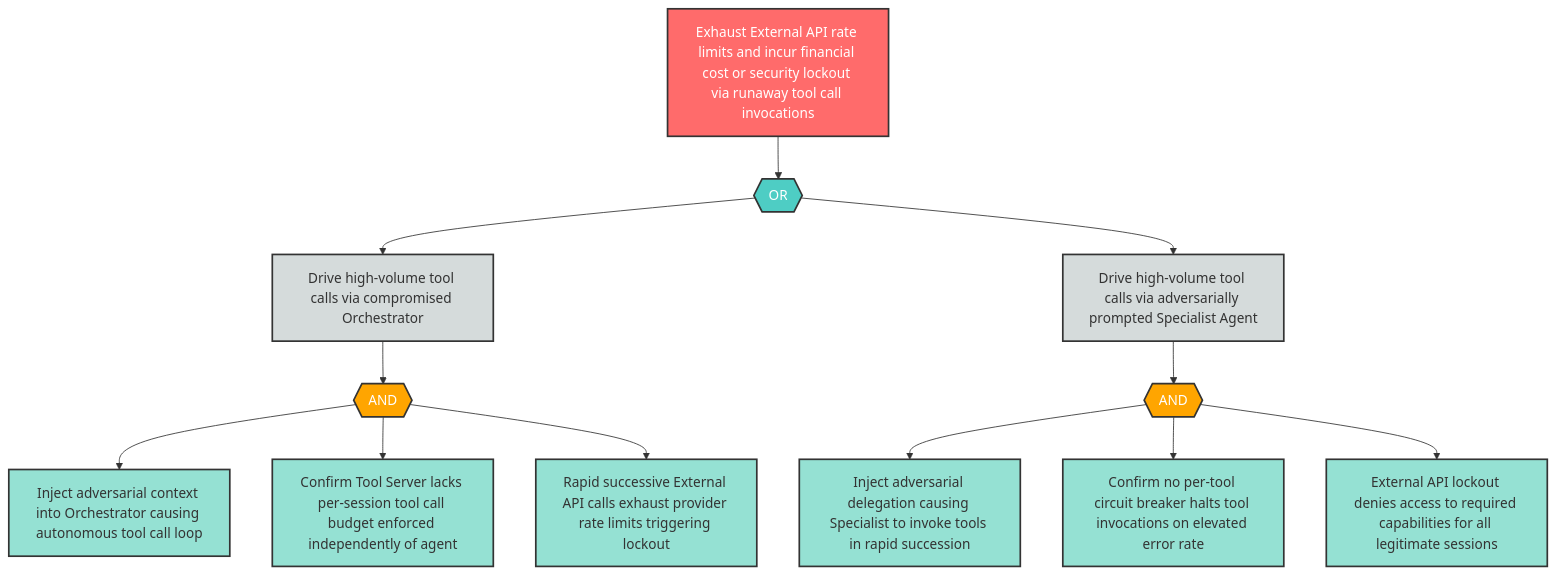
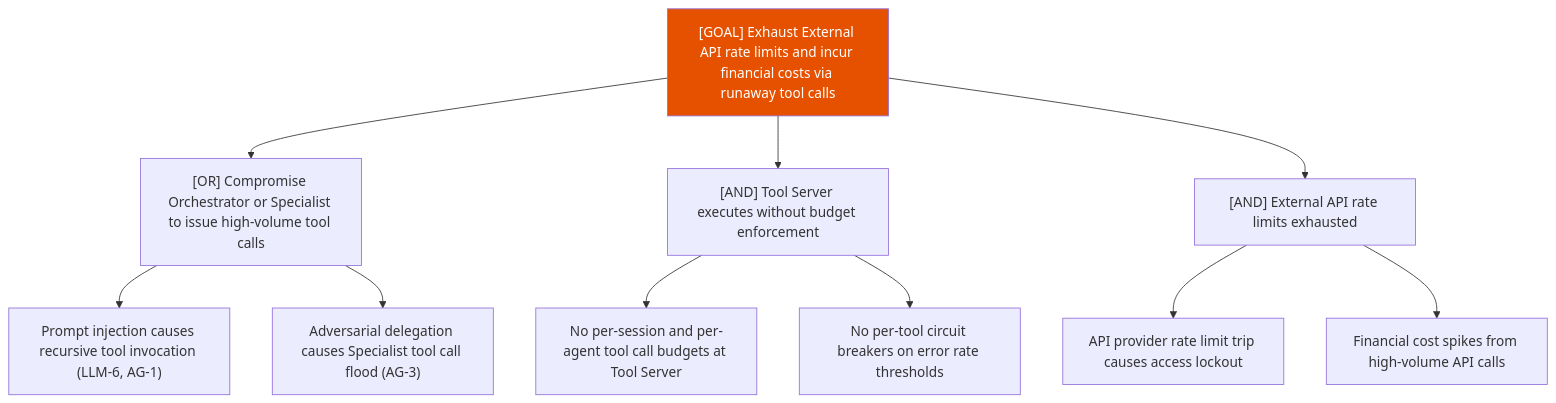
Before and after one commit to q-qp-p/davidmatousek-tachi: the diagram in examples/agentic-app/sample-report/attack-trees/ag-6-attack-tree.md, drawn with Mermaid. The commit also changed other lines of this file and 132 other files, not shown here.

````diff
--- a/examples/agentic-app/sample-report/attack-trees/ag-6-attack-tree.md
+++ b/examples/agentic-app/sample-report/attack-trees/ag-6-attack-tree.md
@@ -8,39 +7,15 @@
 ```mermaid
-flowchart TD
-    AG6_root["Exhaust External API rate limits and incur financial cost or security lockout via runaway tool call invocations"]
-    AG6_or1{{"OR"}}
-    AG6_sub1["Drive high-volume tool calls via compromised Orchestrator"]
-    AG6_sub2["Drive high-volume tool calls via adversarially prompted Specialist Agent"]
-    AG6_and1{{"AND"}}
-    AG6_leaf1["Inject adversarial context into Orchestrator causing autonomous tool call loop"]
-    AG6_leaf2["Confirm Tool Server lacks per-session tool call budget enforced independently of agent"]
-    AG6_leaf3["Rapid successive External API calls exhaust provider rate limits triggering lockout"]
-    AG6_and2{{"AND"}}
-    AG6_leaf4["Inject adversarial delegation causing Specialist to invoke tools in rapid succession"]
-    AG6_leaf5["Confirm no per-tool circuit breaker halts tool invocations on elevated error rate"]
-    AG6_leaf6["External API lockout denies access to required capabilities for all legitimate sessions"]
-
-    AG6_root --> AG6_or1
-    AG6_or1 --> AG6_sub1
-    AG6_or1 --> AG6_sub2
-    AG6_sub1 --> AG6_and1
-    AG6_and1 --> AG6_leaf1
-    AG6_and1 --> AG6_leaf2
-    AG6_and1 --> AG6_leaf3
-    AG6_sub2 --> AG6_and2
-    AG6_and2 --> AG6_leaf4
-    AG6_and2 --> AG6_leaf5
-    AG6_and2 --> AG6_leaf6
-
-    classDef goal fill:#ff6b6b,stroke:#333,stroke-width:2px,color:#fff
-    classDef andGate fill:#ffa500,stroke:#333,stroke-width:2px,color:#fff
-    classDef orGate fill:#4ecdc4,stroke:#333,stroke-width:2px,color:#fff
-    classDef subGoal fill:#d5dbdb,stroke:#333,stroke-width:2px,color:#333
-    classDef leaf fill:#95e1d3,stroke:#333,stroke-width:2px,color:#333
-
-    class AG6_root goal
-    class AG6_or1 orGate
-    class AG6_and1,AG6_and2 andGate
-    class AG6_sub1,AG6_sub2 subGoal
-    class AG6_leaf1,AG6_leaf2,AG6_leaf3,AG6_leaf4,AG6_leaf5,AG6_leaf6 leaf
+graph TD
+    Goal["[GOAL] Exhaust External API rate limits and incur financial costs via runaway tool calls"]
+    Goal --> A["[OR] Compromise Orchestrator or Specialist to issue high-volume tool calls"]
+    A --> A1["Prompt injection causes recursive tool invocation (LLM-6, AG-1)"]
+    A --> A2["Adversarial delegation causes Specialist tool call flood (AG-3)"]
+    Goal --> B["[AND] Tool Server executes without budget enforcement"]
+    B --> B1["No per-session and per-agent tool call budgets at Tool Server"]
+    B --> B2["No per-tool circuit breakers on error rate thresholds"]
+    Goal --> C["[AND] External API rate limits exhausted"]
+    C --> C1["API provider rate limit trip causes access lockout"]
+    C --> C2["Financial cost spikes from high-volume API calls"]
+    classDef high fill:#e65100,color:#fff
+    class Goal high
 ```
````
